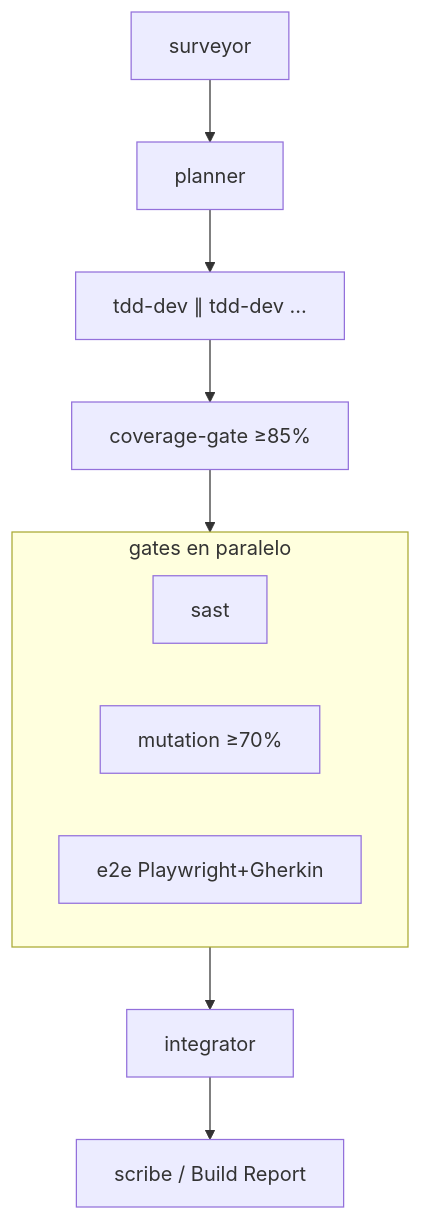
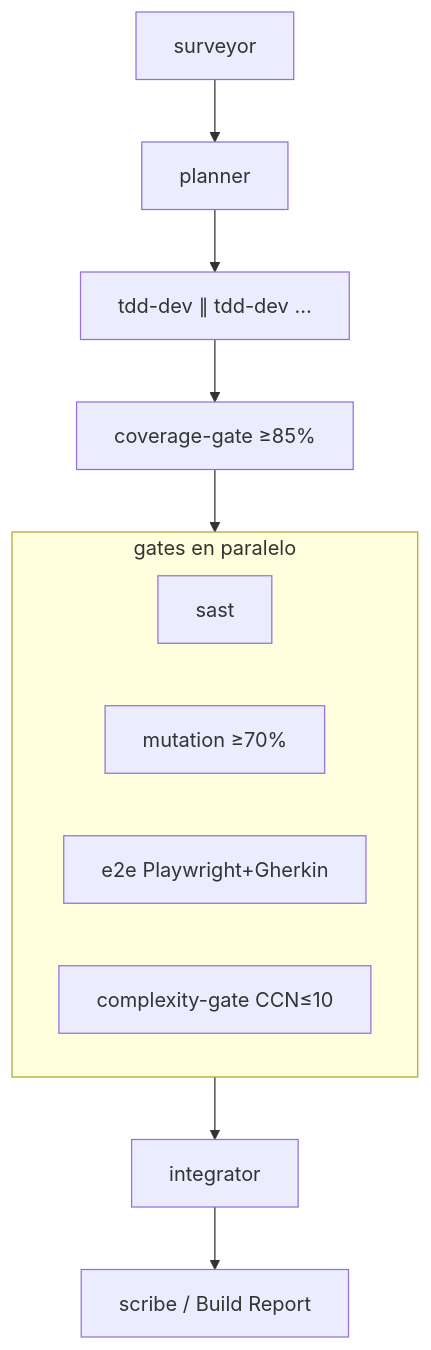
One commit to infosails/infosails-harness changed diagram 11 of 15 in README.md. Above: the diagram before and after it, drawn with Mermaid. The commit also changed other lines of this file and 88 other files, not shown here.

````diff
--- a/README.md
+++ b/README.md
@@ -298,14 +328,15 @@
 ```mermaid
 flowchart TB
   Sur[surveyor] --> Plan[planner]
   Plan --> TDD["tdd-dev ∥ tdd-dev …"]
   TDD --> Cov[coverage-gate ≥85%]
   Cov --> Gates
   subgraph Gates["gates en paralelo"]
     SAST[sast]
     Mut[mutation ≥70%]
     E2E[e2e Playwright+Gherkin]
+    CCN[complexity-gate CCN≤10]
   end
   Gates --> Int[integrator]
   Int --> Scr[scribe / Build Report]
 ```
````
